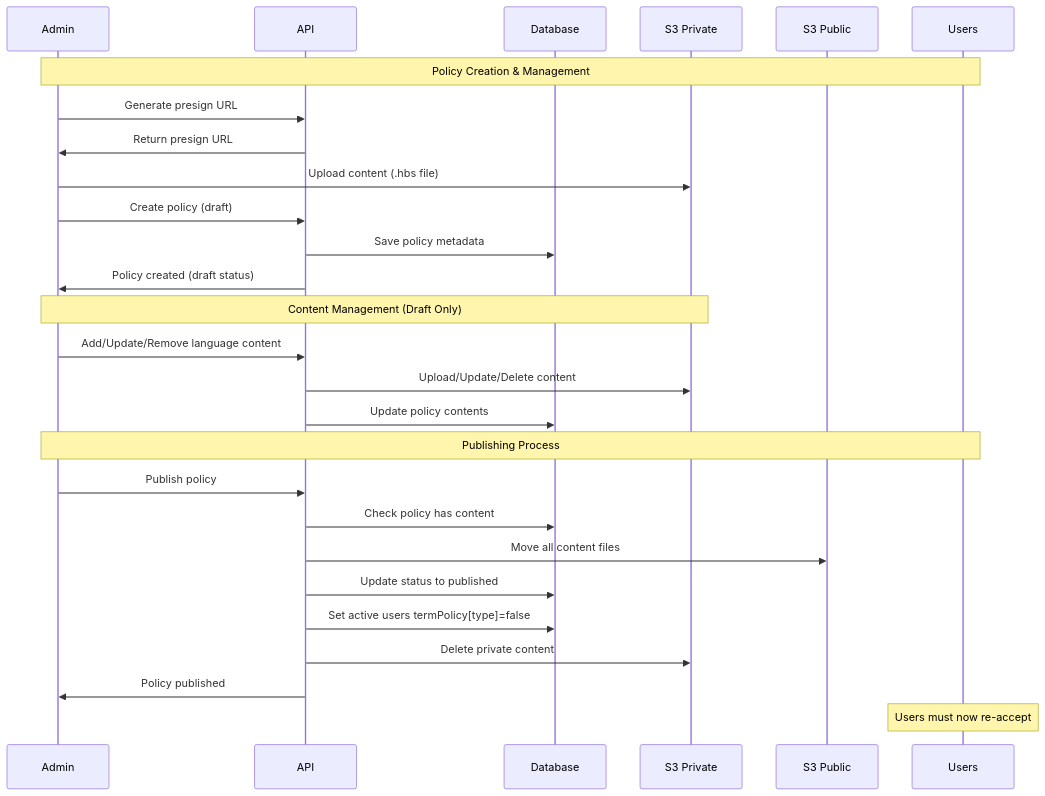
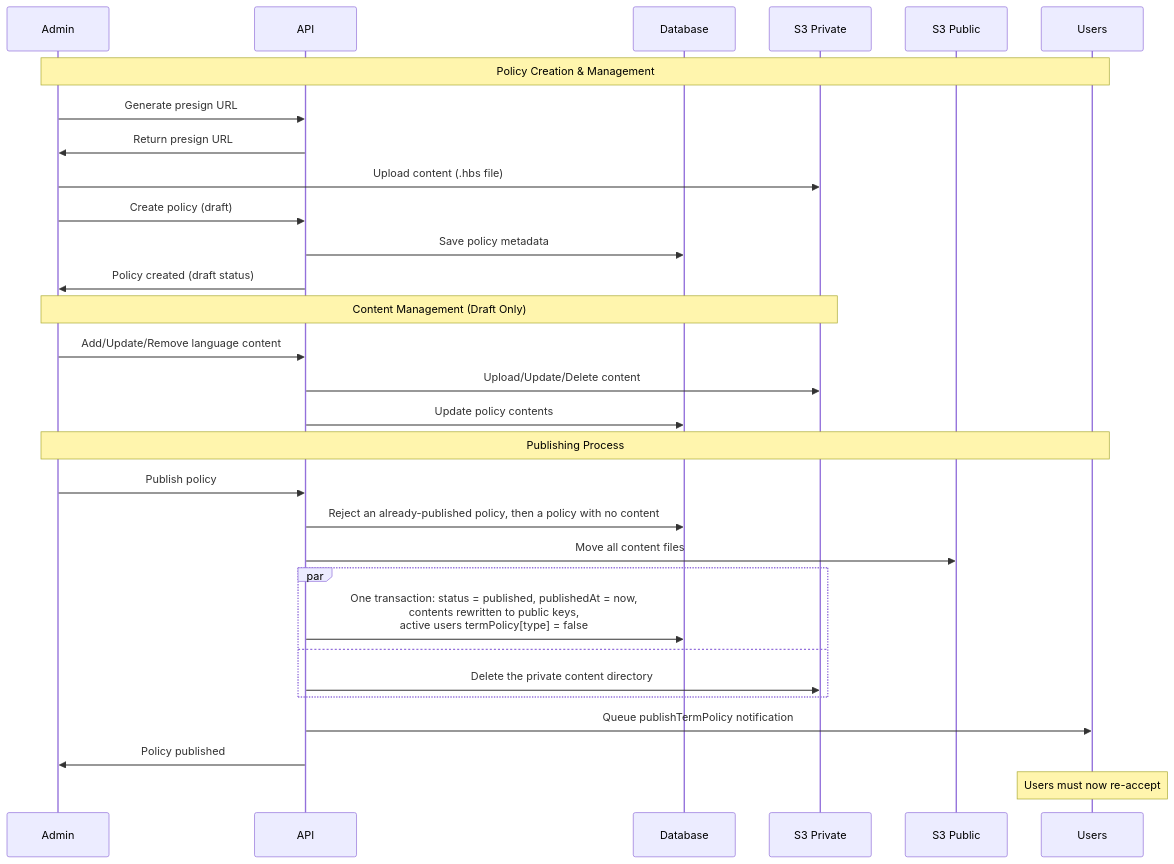
The first of 3 diagrams in docs/term-policy.md (andrechristikan/ack-nestjs-boilerplate), drawn with Mermaid before and after one commit. The commit also changed other lines of this file and 62 other files, not shown here.

````diff
--- a/docs/term-policy.md
+++ b/docs/term-policy.md
@@ -88,37 +88,40 @@
 ```mermaid
 sequenceDiagram
     participant Admin
     participant API
     participant Database
     participant S3 Private
     participant S3 Public
     participant Users
 
     Note over Admin,Users: Policy Creation & Management
     
     Admin->>API: Generate presign URL
     API->>Admin: Return presign URL
     Admin->>S3 Private: Upload content (.hbs file)
     
     Admin->>API: Create policy (draft)
     API->>Database: Save policy metadata
     API->>Admin: Policy created (draft status)
     
     Note over Admin,S3 Private: Content Management (Draft Only)
     
     Admin->>API: Add/Update/Remove language content
     API->>S3 Private: Upload/Update/Delete content
     API->>Database: Update policy contents
     
     Note over Admin,Users: Publishing Process
     
     Admin->>API: Publish policy
-    API->>Database: Check policy has content
+    API->>Database: Reject an already-published policy, then a policy with no content
     API->>S3 Public: Move all content files
-    API->>Database: Update status to published
-    API->>Database: Set active users termPolicy[type]=false
-    API->>S3 Private: Delete private content
+    par
+        API->>Database: One transaction: status = published, publishedAt = now,<br/>contents rewritten to public keys,<br/>active users termPolicy[type] = false
+    and
+        API->>S3 Private: Delete the private content directory
+    end
+    API->>Users: Queue publishTermPolicy notification
     API->>Admin: Policy published
     
     Note over Users: Users must now re-accept
 ```
````
